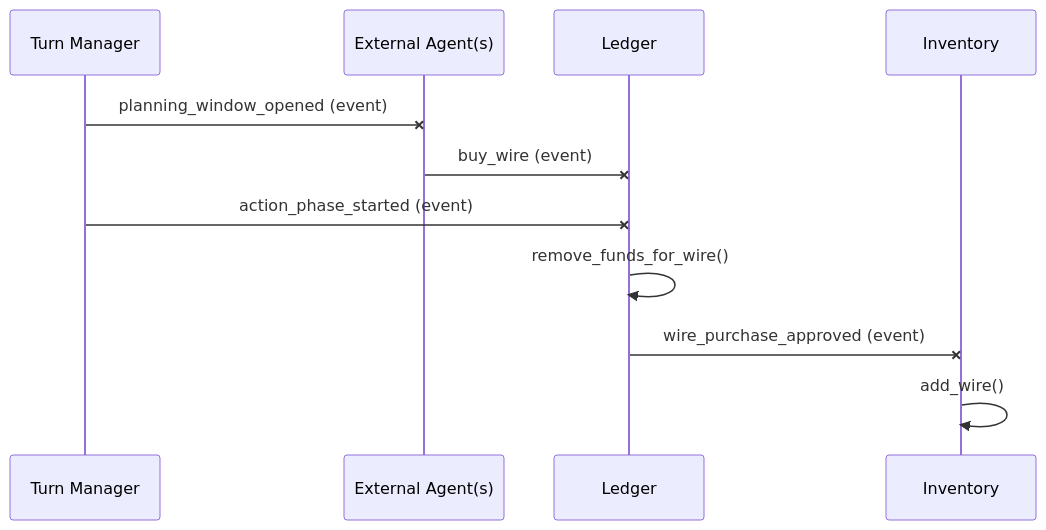
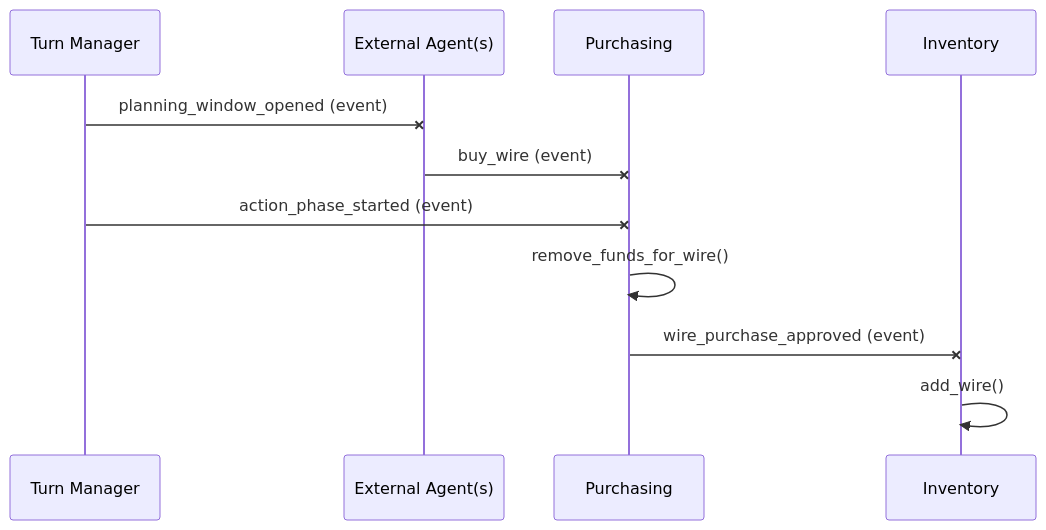
Before and after one commit to corvuslee/clipforge: the fourth of 7 diagrams in design_specifications/modules.md, drawn with Mermaid. The commit also changed other lines of this file and 9 other files, not shown here.

````diff
--- a/design_specifications/modules.md
+++ b/design_specifications/modules.md
@@ -133,14 +135,14 @@
 ```mermaid
 sequenceDiagram
     participant TM as Turn Manager
     participant Ext as External Agent(s)
-    participant Led as Ledger
+    participant Pur as Purchasing
     participant Inv as Inventory
 
     TM-xExt: planning_window_opened (event)
-    Ext-xLed: buy_wire (event)
-    TM-xLed: action_phase_started (event)
-    Led->>Led: remove_funds_for_wire()
-    Led-xInv: wire_purchase_approved (event)
+    Ext-xPur: buy_wire (event)
+    TM-xPur: action_phase_started (event)
+    Pur->>Pur: remove_funds_for_wire()
+    Pur-xInv: wire_purchase_approved (event)
     Inv->>Inv: add_wire()
 ```
````
